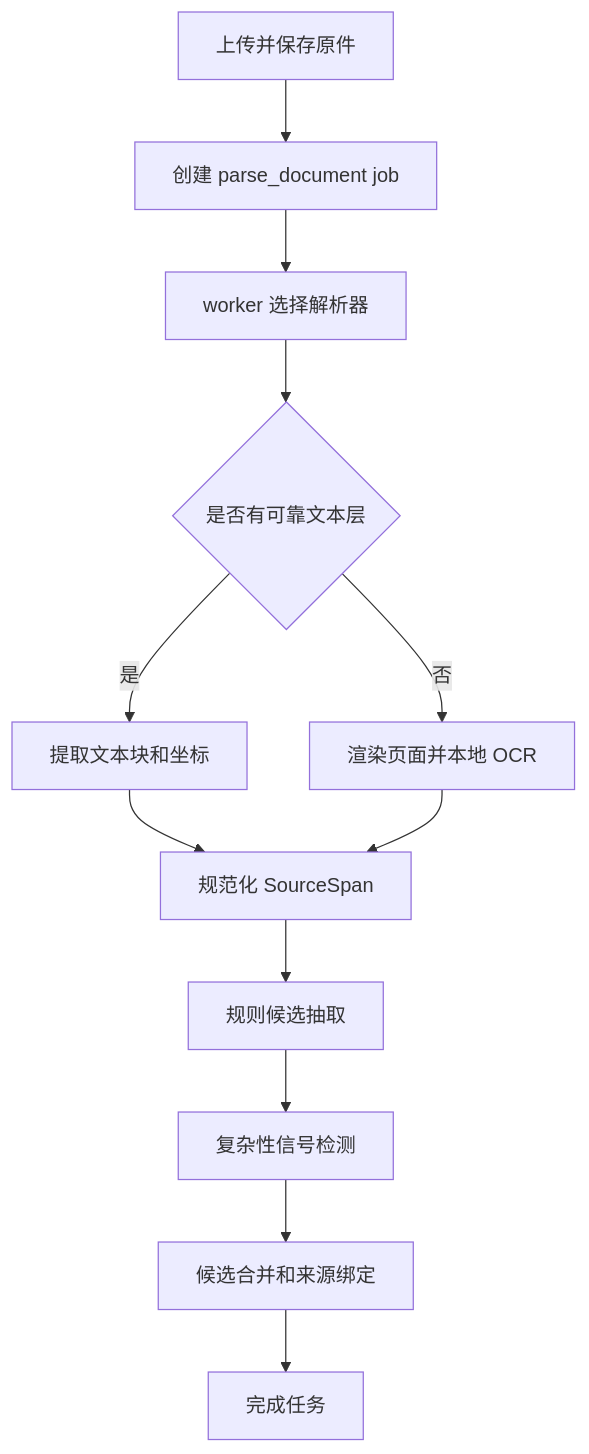
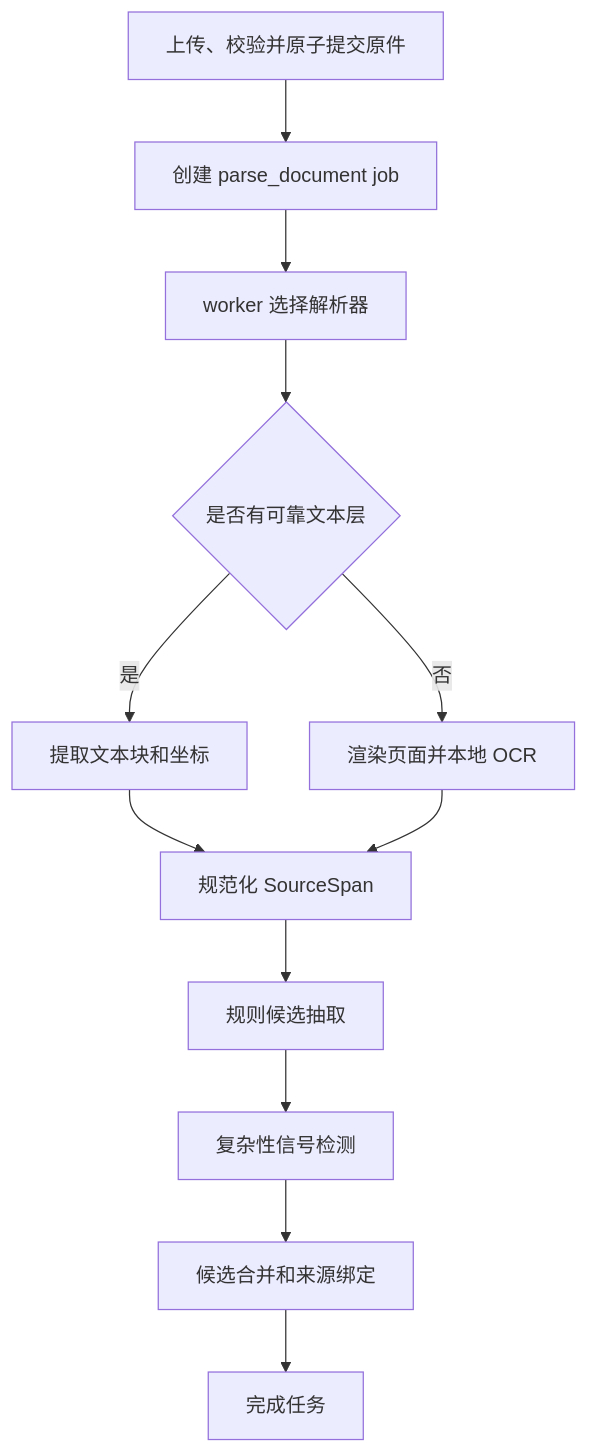
The second of 3 diagrams in outputs/后端技术方案_全国版强制执行材料生成助手.md (LanShiLiang/CaseFilingAssistant), drawn with Mermaid before and after one commit. The commit also changed other lines of this file and 14 other files, not shown here.

Commit message:
docs: align MVP plans and engineering architecture

````diff
--- a/outputs/后端技术方案_全国版强制执行材料生成助手.md
+++ b/outputs/后端技术方案_全国版强制执行材料生成助手.md
@@ -465,14 +592,14 @@
 ```mermaid
 flowchart TD
-  A["上传并保存原件"] --> B["创建 parse_document job"]
+  A["上传、校验并原子提交原件"] --> B["创建 parse_document job"]
   B --> C["worker 选择解析器"]
   C --> D{"是否有可靠文本层"}
   D -- "是" --> E["提取文本块和坐标"]
   D -- "否" --> F["渲染页面并本地 OCR"]
   E --> G["规范化 SourceSpan"]
   F --> G
   G --> H["规则候选抽取"]
   H --> I["复杂性信号检测"]
   I --> J["候选合并和来源绑定"]
   J --> K["完成任务"]
 ```
````
